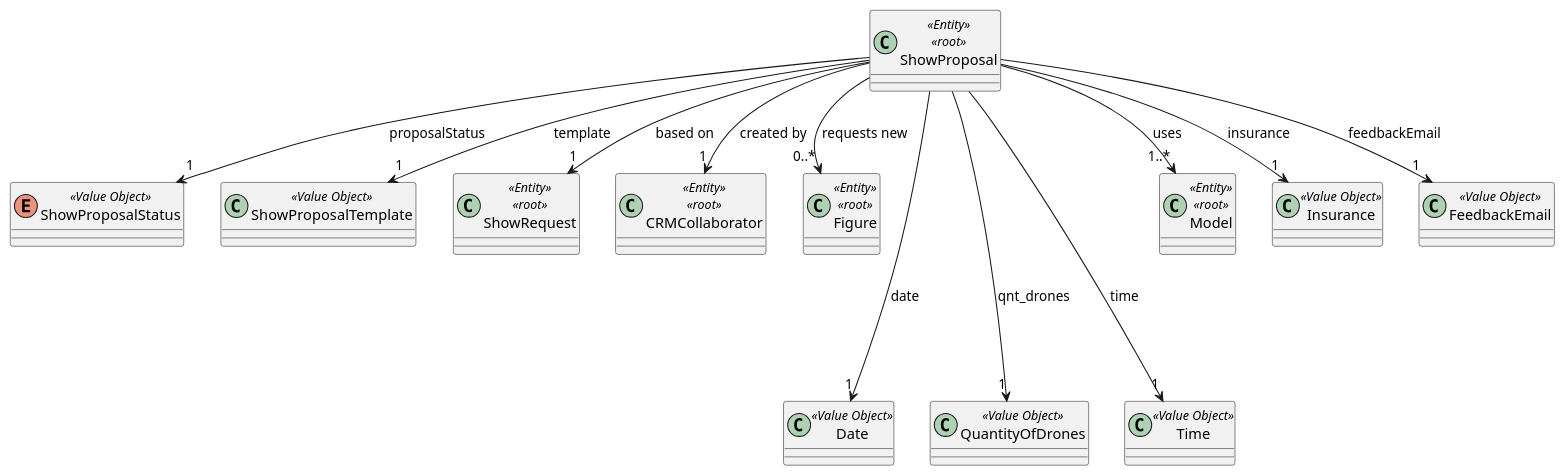
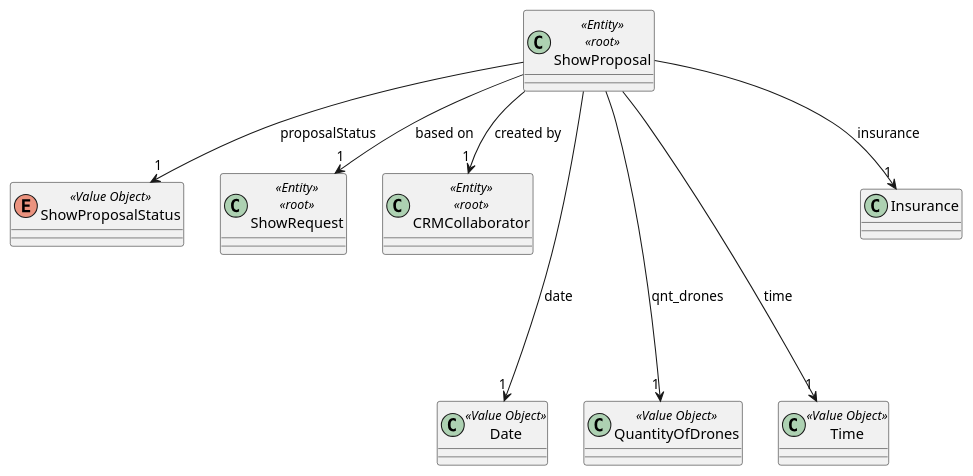
The diagram in docs/SPRINT_3/US310/puml/domain_model_us310.puml (diogoveirospro/sem4pi-2024-2025-sem4pi_2024_2025_g44), drawn with PlantUML before and after one commit. The commit also changed 9 other files, not shown here.

```diff
--- a/docs/SPRINT_3/US310/puml/domain_model_us310.puml
+++ b/docs/SPRINT_3/US310/puml/domain_model_us310.puml
@@ -1,53 +1,34 @@
 @startuml
 
 enum ShowProposalStatus <<Value Object>>{
 }
 
 class ShowProposal <<Entity>> <<root>>{
 }
 
-class ShowProposalTemplate <<Value Object>>{
-}
-
 class ShowRequest <<Entity>> <<root>>{
 }
 
 class CRMCollaborator <<Entity>> <<root>>{
-}
-
-class Figure <<Entity>> <<root>>{
 }
 
 class Date <<Value Object>>{
 }
 
 class QuantityOfDrones <<Value Object>>{
 }
 
 class Time <<Value Object>>{
 }
 
-class Model <<Entity>> <<root>>{
-}
-
-class Insurance <<Value Object>>{
-}
-
-class FeedbackEmail <<Value Object>>{
-}
-
     'ShowProposal -> x
-    ShowProposal --> "1" FeedbackEmail: feedbackEmail
     ShowProposal --> "1" CRMCollaborator: created by
     ShowProposal --> "1" ShowRequest: based on
     ShowProposal --> "1" ShowProposalStatus: proposalStatus
-    ShowProposal --> "0..*" Figure : requests new
-    ShowProposal --> "1" ShowProposalTemplate: template
-    ShowProposal --> "1..*" Model: uses
     ShowProposal ----> "1" QuantityOfDrones: qnt_drones
     ShowProposal ----> "1" Time: time
     ShowProposal ----> "1" Date: date
     ShowProposal --> "1" Insurance: insurance
 
 
 @enduml
```
